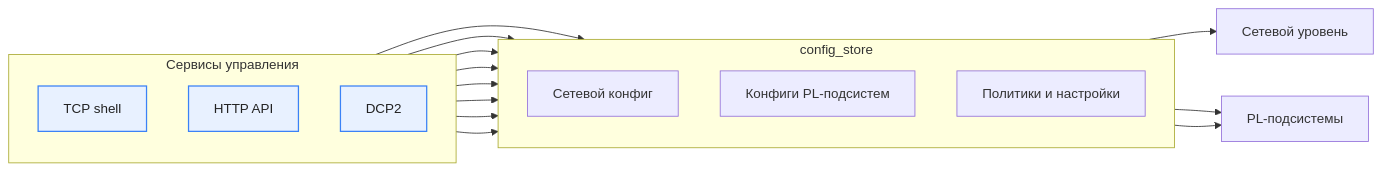
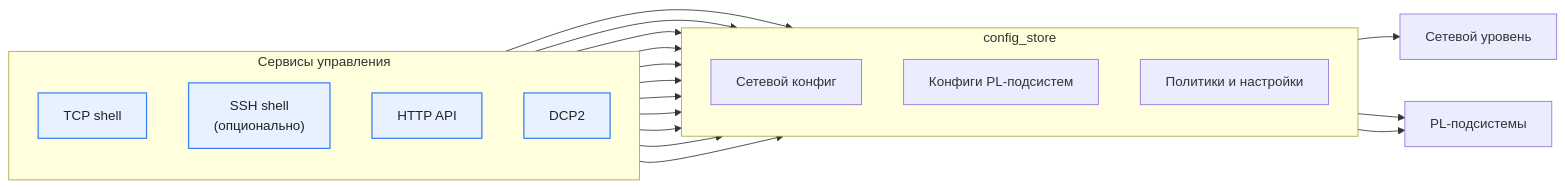
Diagram 18 of 19 in docs/dev/architecture.md (igtrefilov/bvstk), drawn with Mermaid before and after one commit. The commit also changed other lines of this file and 18 other files, not shown here.

````diff
--- a/docs/dev/architecture.md
+++ b/docs/dev/architecture.md
@@ -1194,38 +1201,43 @@
 ```mermaid
 flowchart LR
     
     subgraph cfg["config_store"]
         direction TB
         net_cfg["Сетевой конфиг"]
         pl_cfg["Конфиги PL-подсистем"]
         policy["Политики и настройки"]
     end
 
     net["Сетевой уровень"]
     pl["PL-подсистемы"]
 
     subgraph mgmt["Сервисы управления"]
         direction TB
         shell["TCP shell"]
+        ssh["SSH shell<br/>(опционально)"]
         http["HTTP API"]
         dcp2["DCP2"]
     end
 
     shell --> net_cfg
     shell --> pl_cfg
     shell --> policy
+
+    ssh --> net_cfg
+    ssh --> pl_cfg
+    ssh --> policy
 
     http --> net_cfg
     http --> pl_cfg
     http --> policy
 
     dcp2 --> pl_cfg
     dcp2 --> policy
 
     net_cfg --> net
     pl_cfg --> pl
     policy --> pl
 
     classDef ext fill:#e8f1ff,stroke:#3b82f6,stroke-width:1.5px,color:#222;
-    class shell,http,dcp2 ext;
+    class shell,ssh,http,dcp2 ext;
 ```
````
